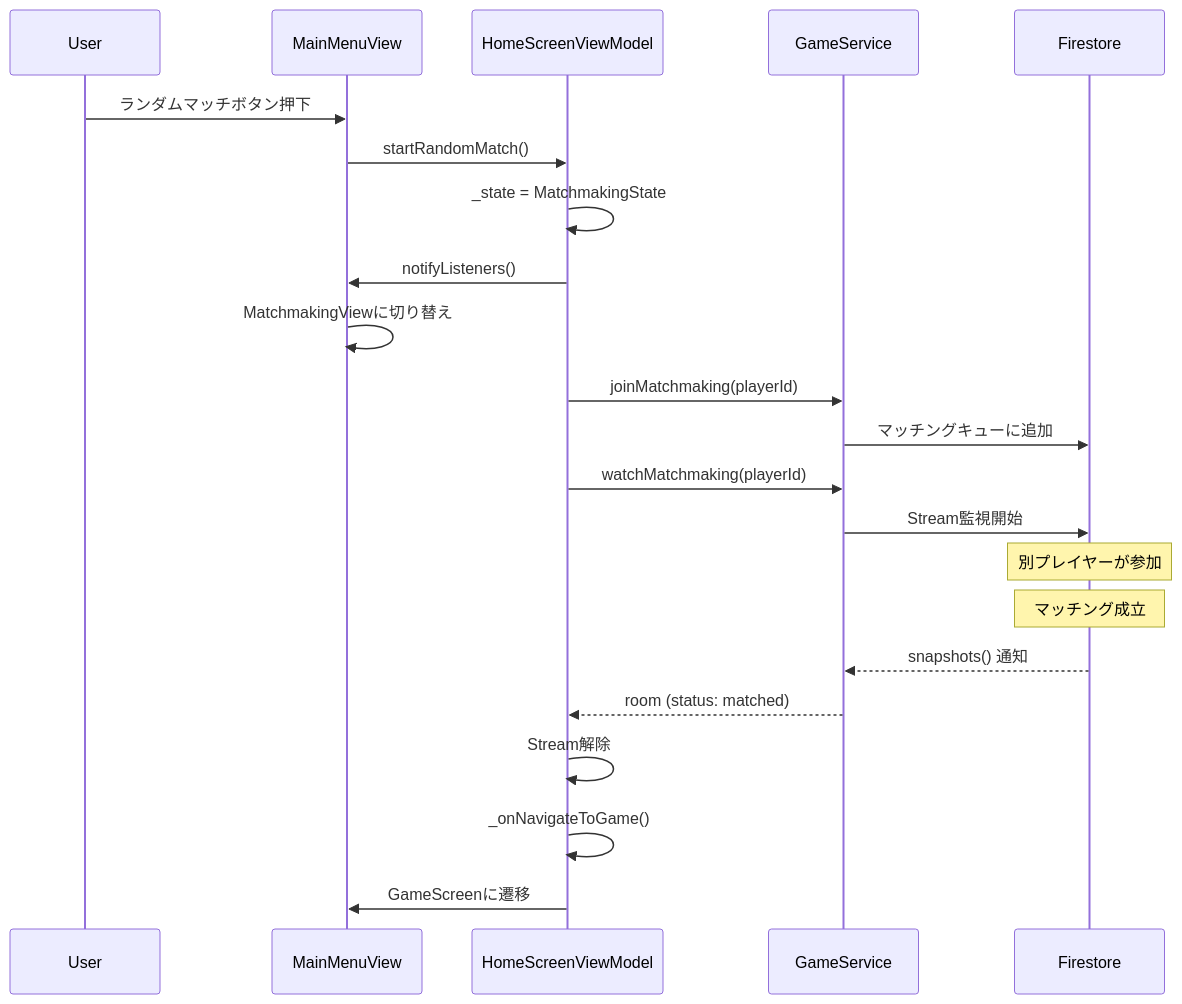
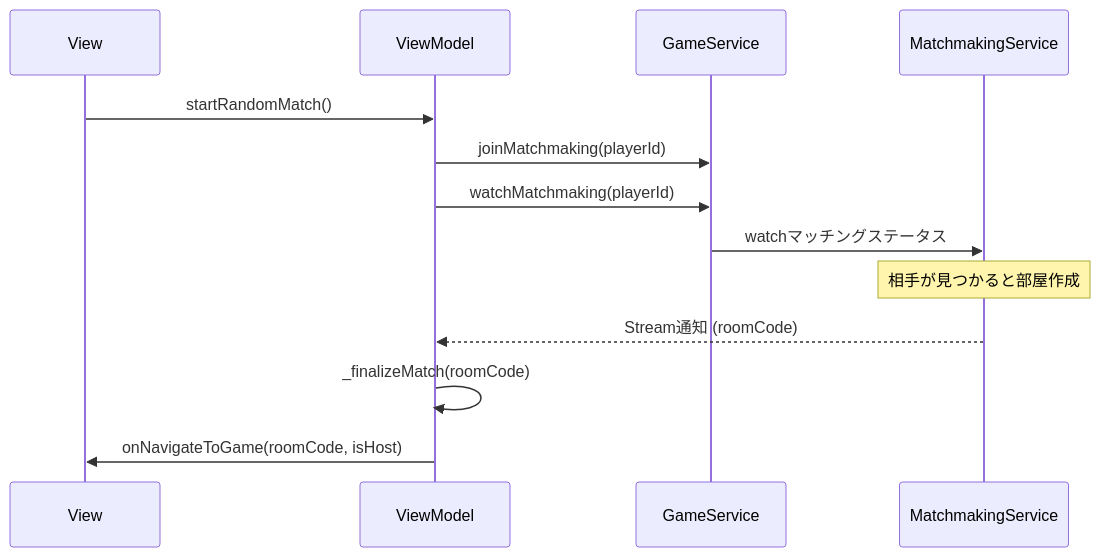
The diagram in docs/architecture/02_mvvm_home.md (YotaMomose/battle_for_the_cats), drawn with Mermaid before and after one commit. The commit also changed other lines of this file and 5 other files, not shown here.

````diff
--- a/docs/architecture/02_mvvm_home.md
+++ b/docs/architecture/02_mvvm_home.md
@@ -329,29 +43,18 @@
 ```mermaid
 sequenceDiagram
-    participant U as User
-    participant V as MainMenuView
-    participant VM as HomeScreenViewModel
-    participant S as GameService
-    participant F as Firestore
+    participant V as View
+    participant VM as ViewModel
+    participant GS as GameService
+    participant MS as MatchmakingService
     
-    U->>V: ランダムマッチボタン押下
     V->>VM: startRandomMatch()
-    VM->>VM: _state = MatchmakingState
-    VM->>V: notifyListeners()
-    V->>V: MatchmakingViewに切り替え
+    VM->>GS: joinMatchmaking(playerId)
+    VM->>GS: watchMatchmaking(playerId)
+    GS->>MS: watchマッチングステータス
     
-    VM->>S: joinMatchmaking(playerId)
-    S->>F: マッチングキューに追加
+    Note over MS: 相手が見つかると部屋作成
     
-    VM->>S: watchMatchmaking(playerId)
-    S->>F: Stream監視開始
-    
-    Note over F: 別プレイヤーが参加
-    Note over F: マッチング成立
-    
-    F-->>S: snapshots() 通知
-    S-->>VM: room (status: matched)
-    VM->>VM: Stream解除
-    VM->>VM: _onNavigateToGame()
-    VM->>V: GameScreenに遷移
+    MS-->>VM: Stream通知 (roomCode)
+    VM->>VM: _finalizeMatch(roomCode)
+    VM->>V: onNavigateToGame(roomCode, isHost)
 ```
````
